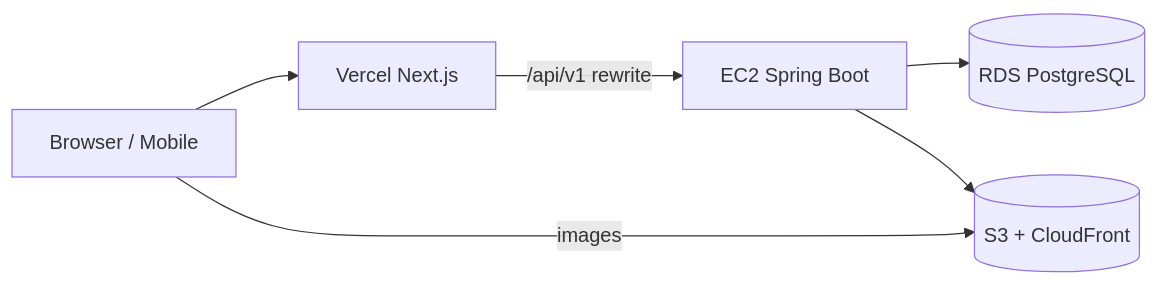
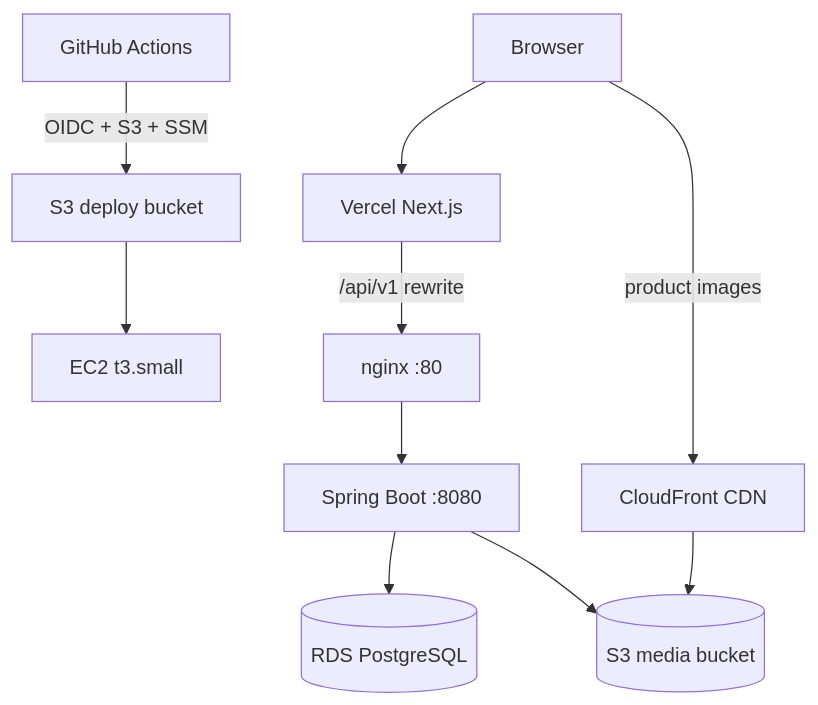
The diagram in README.md (gvsharma/gamyaboutique), drawn with Mermaid before and after one commit. The commit also changed other lines of this file and 9 other files, not shown here.

````diff
--- a/README.md
+++ b/README.md
@@ -12,14 +19,23 @@
 ```mermaid
-flowchart LR
-  User[Browser / Mobile]
+flowchart TB
+  User[Browser]
   Vercel[Vercel Next.js]
-  EC2[EC2 Spring Boot]
+  EC2[EC2 t3.small]
+  NGINX[nginx :80]
+  Spring[Spring Boot :8080]
   RDS[(RDS PostgreSQL)]
-  S3[(S3 + CloudFront)]
+  S3[(S3 media bucket)]
+  CF[CloudFront CDN]
+  GHA[GitHub Actions]
+  S3Deploy[S3 deploy bucket]
 
   User --> Vercel
-  Vercel -->|"/api/v1 rewrite"| EC2
-  EC2 --> RDS
-  EC2 --> S3
-  User -->|images| S3
+  Vercel -->|"/api/v1 rewrite"| NGINX
+  GHA -->|OIDC + S3 + SSM| S3Deploy
+  S3Deploy --> EC2
+  NGINX --> Spring
+  Spring --> RDS
+  Spring --> S3
+  User -->|product images| CF
+  CF --> S3
 ```
````
